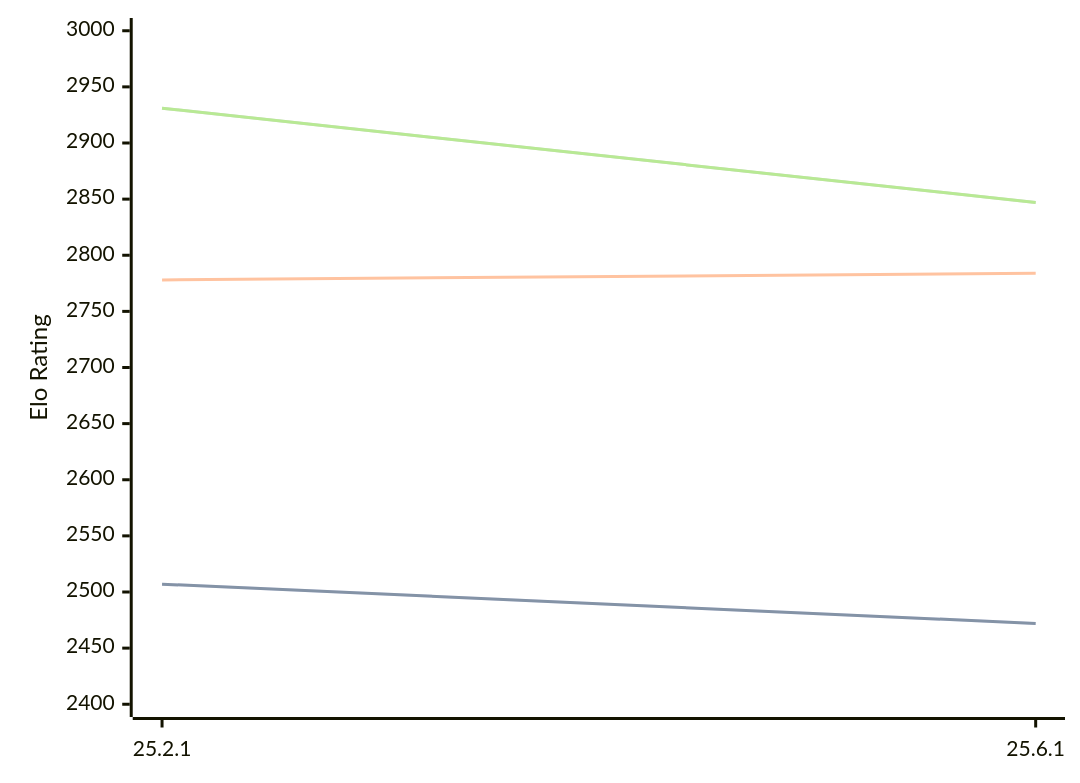
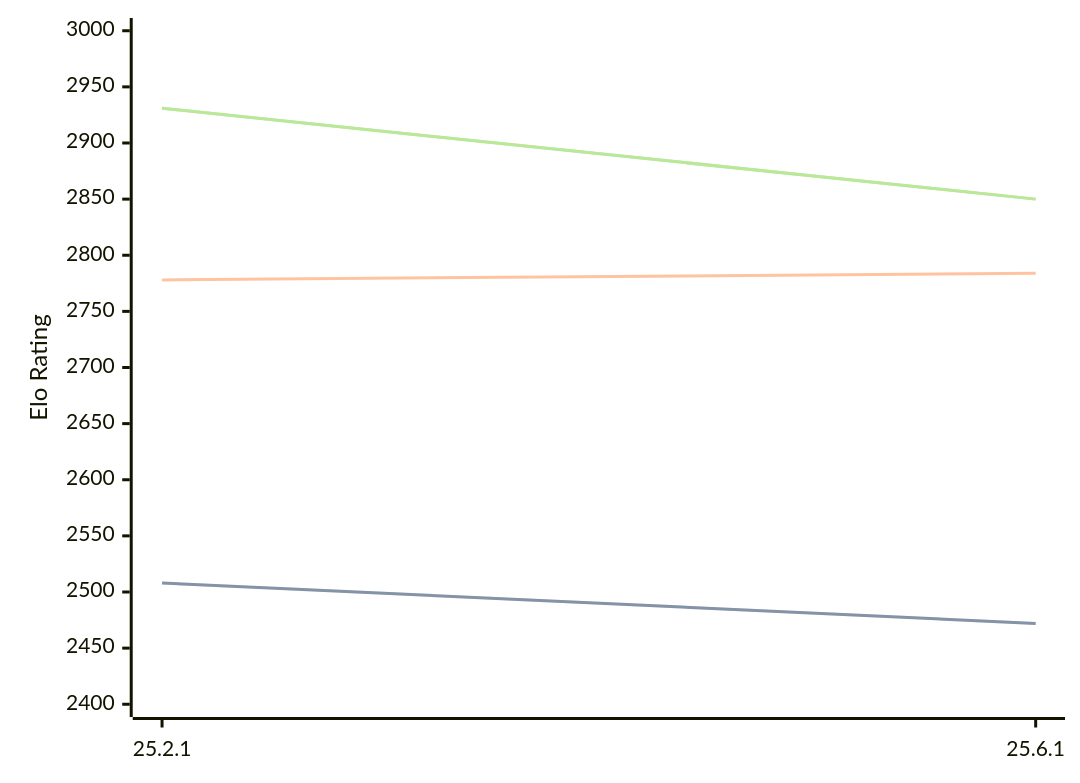
One commit to computer-chess-index/cci changed the diagram in engines/Crafty.md. Above: the diagram before and after it, drawn with Mermaid. The commit also changed other lines of this file, not shown here.

Commit message:
Update CCI Ratings (ELO VLTC) - 2026-08-27

````diff
--- a/engines/Crafty.md
+++ b/engines/Crafty.md
@@ -32,11 +32,11 @@
 ```mermaid
 %%{init: {"theme":"base","themeVariables":{"seriesColors:['#a3a3a3','#222221','#faa371']}}}%%
 xychart-beta
   x-axis ["25.2.1", "25.6.1"]
   y-axis "Elo Rating" 2400 --> 3000
-  line "STC (8.0+0.08s)" [2507, 2472]
-  line "STC (8.0+0.08s)" [2507, 2472]
+  line "STC (8.0+0.08s)" [2508, 2472]
+  line "STC (8.0+0.08s)" [2508, 2472]
   line "LTC (60.0+0.60s)" [2778, 2784]
-  line "VLTC (2m24s+1.12s)" [2931, 2847]
-  line "VLTC (2m24s+1.12s)" [2931, 2847]
+  line "VLTC (2m24s+1.12s)" [2931, 2850]
+  line "VLTC (2m24s+1.12s)" [2931, 2850]
 ```
````
